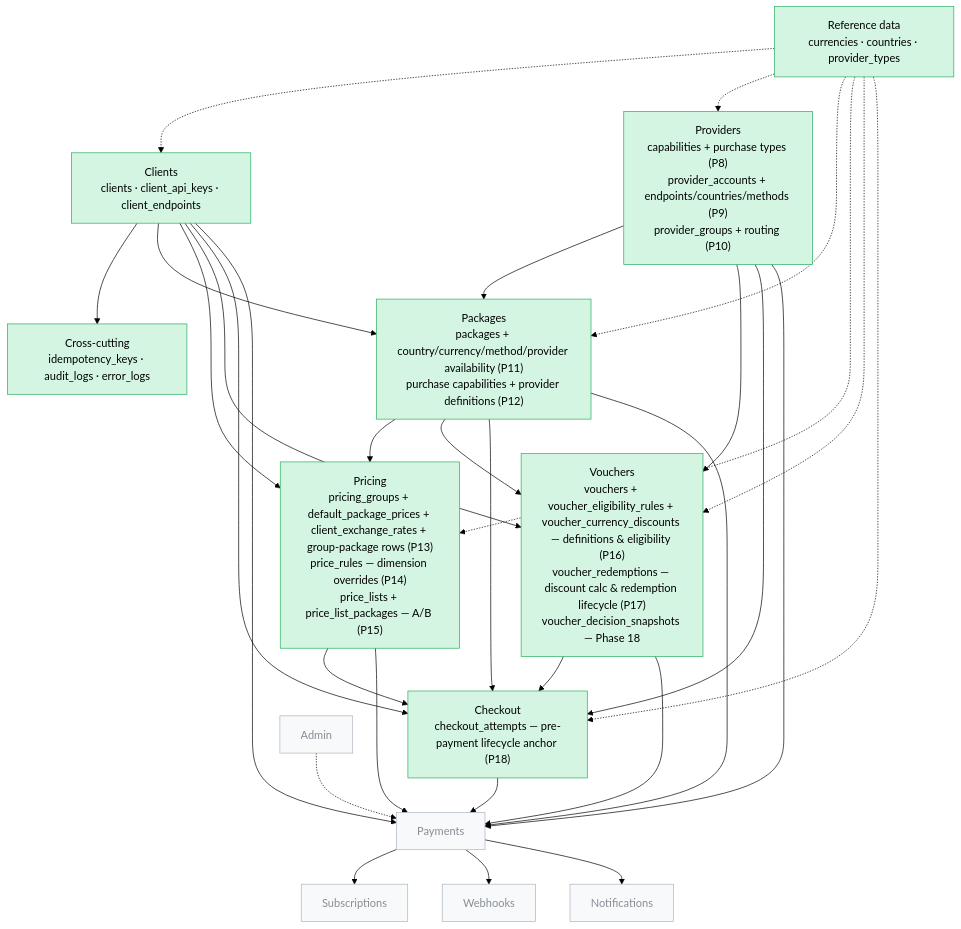
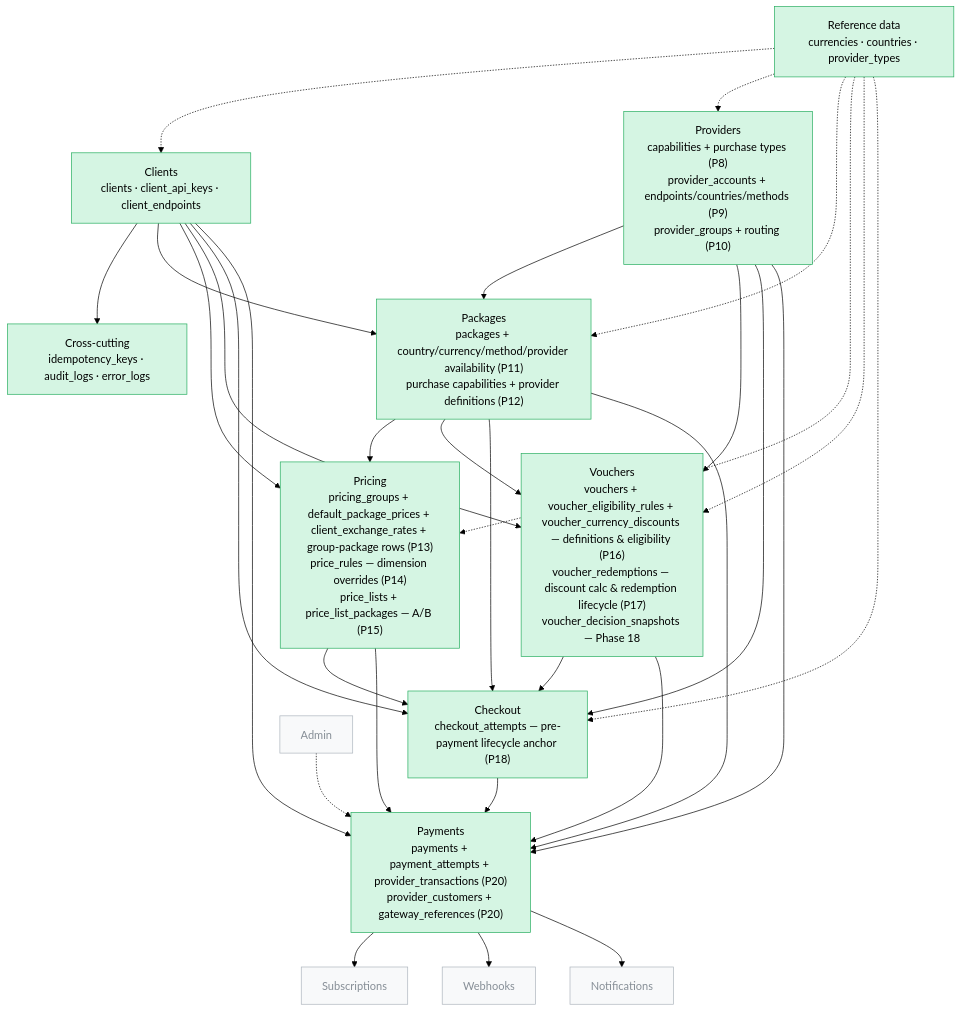
Before and after one commit to mahsashahi/Gomrok: the first of 17 diagrams in .claude/docs/database-diagram.md, drawn with Mermaid (forest theme). The commit also changed other lines of this file and 79 other files, not shown here.

````diff
--- a/.claude/docs/database-diagram.md
+++ b/.claude/docs/database-diagram.md
@@ -9,45 +9,46 @@
 ```mermaid
 flowchart TD
     Ref["Reference data<br/>currencies · countries · provider_types"]
     Xc["Cross-cutting<br/>idempotency_keys · audit_logs · error_logs"]
     Clients["Clients<br/>clients · client_api_keys · client_endpoints"]
     Providers["Providers<br/>capabilities + purchase types (P8)<br/>provider_accounts + endpoints/countries/methods (P9)<br/>provider_groups + routing (P10)"]
     Packages["Packages<br/>packages + country/currency/method/provider availability (P11)<br/>purchase capabilities + provider definitions (P12)"]
     Pricing["Pricing<br/>pricing_groups + default_package_prices + client_exchange_rates + group-package rows (P13)<br/>price_rules — dimension overrides (P14)<br/>price_lists + price_list_packages — A/B (P15)"]
     Vouchers["Vouchers<br/>vouchers + voucher_eligibility_rules + voucher_currency_discounts — definitions & eligibility (P16)<br/>voucher_redemptions — discount calc & redemption lifecycle (P17)<br/>voucher_decision_snapshots — Phase 18"]
     Checkout["Checkout<br/>checkout_attempts — pre-payment lifecycle anchor (P18)"]
+    Payments["Payments<br/>payments + payment_attempts + provider_transactions (P20)<br/>provider_customers + gateway_references (P20)"]
     Ref -.-> Clients
     Ref -.-> Providers
     Ref -.-> Packages
     Ref -.-> Pricing
     Ref -.-> Vouchers
     Ref -.-> Checkout
     Clients --> Xc
     Clients --> Packages
     Providers --> Packages
     Clients --> Pricing
     Packages --> Pricing
     Clients --> Vouchers
     Packages --> Vouchers
     Providers --> Vouchers
     Clients --> Checkout
     Packages --> Checkout
     Pricing --> Checkout
     Vouchers --> Checkout
     Providers --> Checkout
     Clients --> Payments
     Providers --> Payments
     Packages --> Payments
     Pricing --> Payments
     Vouchers --> Payments
     Checkout --> Payments
     Payments --> Subscriptions
     Payments --> Webhooks
     Payments --> Notifications
     Admin -.-> Payments
 
     classDef done fill:#d5f5e3,stroke:#27ae60;
     classDef todo fill:#f8f9fa,stroke:#adb5bd,color:#868e96;
-    class Ref,Xc,Clients,Providers,Packages,Pricing,Vouchers,Checkout done;
-    class Payments,Subscriptions,Webhooks,Notifications,Admin todo;
+    class Ref,Xc,Clients,Providers,Packages,Pricing,Vouchers,Checkout,Payments done;
+    class Subscriptions,Webhooks,Notifications,Admin todo;
 ```
````
